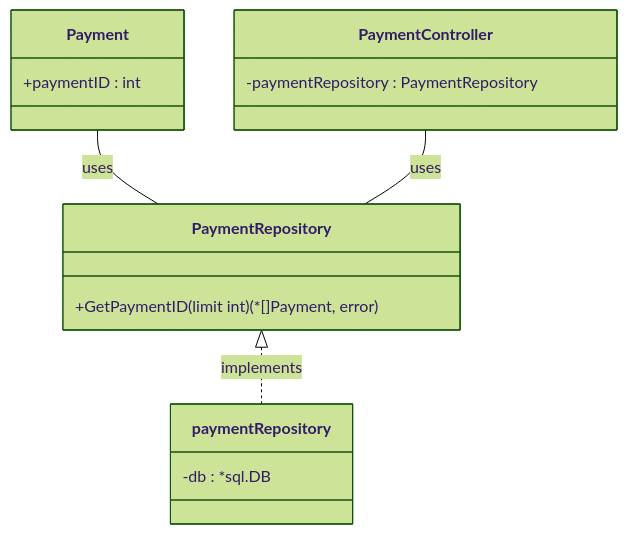
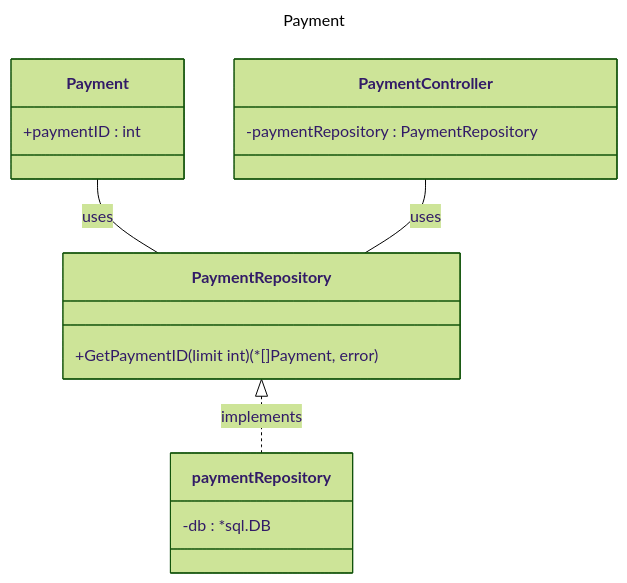
One commit to danny-personal/go-sandbox-clean changed the diagram in README.md. Above: the diagram before and after it, drawn with Mermaid (forest theme). The commit also changed other lines of this file and 1 other file, not shown here.

Commit message:
Add mermaid

````diff
--- a/README.md
+++ b/README.md
@@ -7,18 +3,21 @@
 ```mermaid
+---
+title: Payment
+---
 classDiagram
     class Payment {
         +paymentID : int
     }
     class PaymentRepository{
         +GetPaymentID(limit int) (*[]Payment, error)
     }
     class paymentRepository {
         -db : *sql.DB
     }
     class PaymentController {
         -paymentRepository : PaymentRepository
     }
     Payment -- PaymentRepository : uses
     PaymentRepository <|.. paymentRepository : implements
     PaymentController -- PaymentRepository : uses
 ```
````
